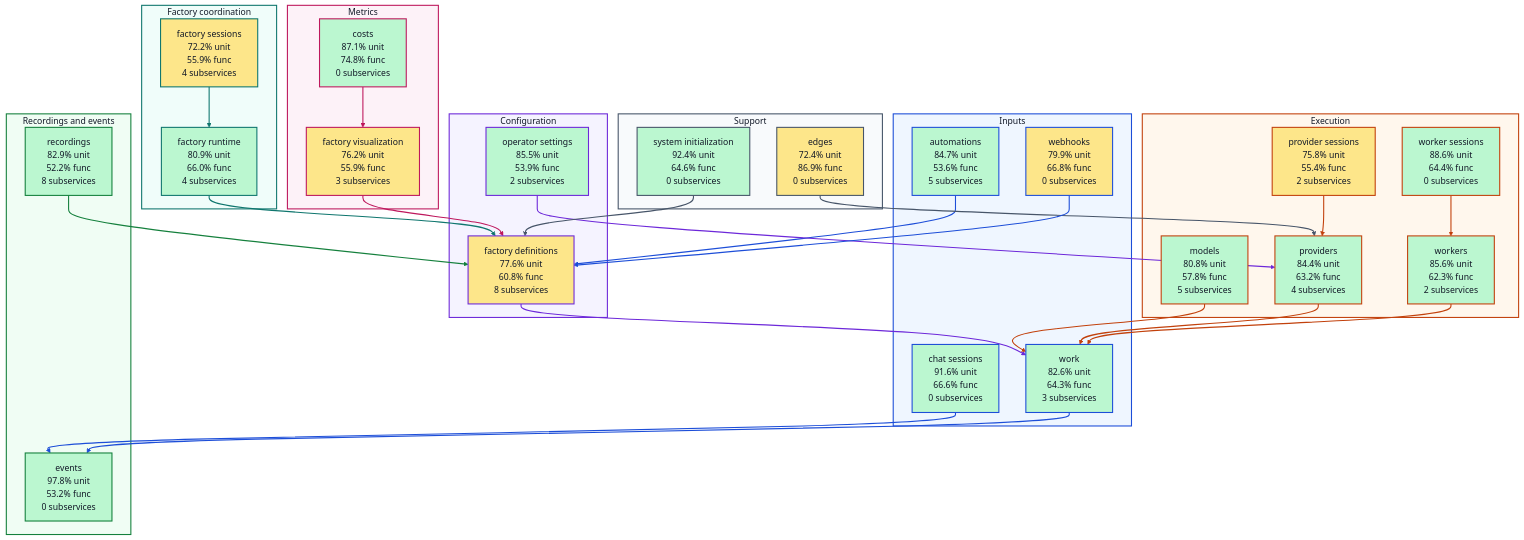
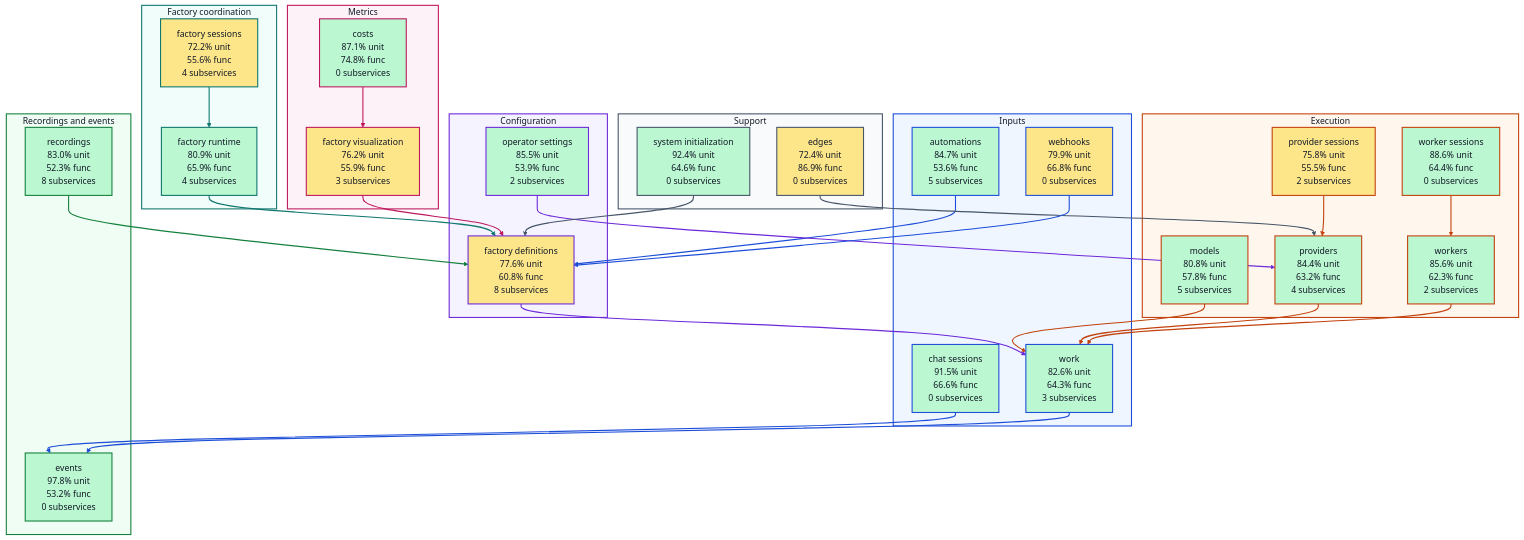
One commit to portpowered/you-agent-factory changed the diagram in docs/architecture/visualizations/high-level-test-coverage.md. Above: the diagram before and after it, drawn with Mermaid. The commit also changed other lines of this file and 19 other files, not shown here.

Commit message:
docs: refresh backend architecture visualizations

```diff
--- a/docs/architecture/visualizations/high-level-test-coverage.md
+++ b/docs/architecture/visualizations/high-level-test-coverage.md
@@ -12,7 +12,7 @@
 flowchart TB
   subgraph input["Inputs"]
     s_services_automations["automations<br/>84.7% unit<br/>53.6% func<br/>5 subservices"]
-    s_services_chat_sessions["chat sessions<br/>91.6% unit<br/>66.6% func<br/>0 subservices"]
+    s_services_chat_sessions["chat sessions<br/>91.5% unit<br/>66.6% func<br/>0 subservices"]
     s_services_webhooks["webhooks<br/>79.9% unit<br/>66.8% func<br/>0 subservices"]
     s_services_work["work<br/>82.6% unit<br/>64.3% func<br/>3 subservices"]
   end
@@ -21,19 +21,19 @@
     s_services_operator_settings["operator settings<br/>85.5% unit<br/>53.9% func<br/>2 subservices"]
   end
   subgraph coordination["Factory coordination"]
-    s_services_factory_runtime["factory runtime<br/>80.9% unit<br/>66.0% func<br/>4 subservices"]
-    s_services_factory_sessions["factory sessions<br/>72.2% unit<br/>55.9% func<br/>4 subservices"]
+    s_services_factory_runtime["factory runtime<br/>80.9% unit<br/>65.9% func<br/>4 subservices"]
+    s_services_factory_sessions["factory sessions<br/>72.2% unit<br/>55.6% func<br/>4 subservices"]
   end
   subgraph execution["Execution"]
     s_services_models["models<br/>80.8% unit<br/>57.8% func<br/>5 subservices"]
-    s_services_provider_sessions["provider sessions<br/>75.8% unit<br/>55.4% func<br/>2 subservices"]
+    s_services_provider_sessions["provider sessions<br/>75.8% unit<br/>55.5% func<br/>2 subservices"]
     s_services_providers["providers<br/>84.4% unit<br/>63.2% func<br/>4 subservices"]
     s_services_worker_sessions["worker sessions<br/>88.6% unit<br/>64.4% func<br/>0 subservices"]
     s_services_workers["workers<br/>85.6% unit<br/>62.3% func<br/>2 subservices"]
   end
   subgraph recordings["Recordings and events"]
     s_services_events["events<br/>97.8% unit<br/>53.2% func<br/>0 subservices"]
-    s_services_recordings["recordings<br/>82.9% unit<br/>52.2% func<br/>8 subservices"]
+    s_services_recordings["recordings<br/>83.0% unit<br/>52.3% func<br/>8 subservices"]
   end
   subgraph metrics["Metrics"]
     s_services_costs["costs<br/>87.1% unit<br/>74.8% func<br/>0 subservices"]
```
